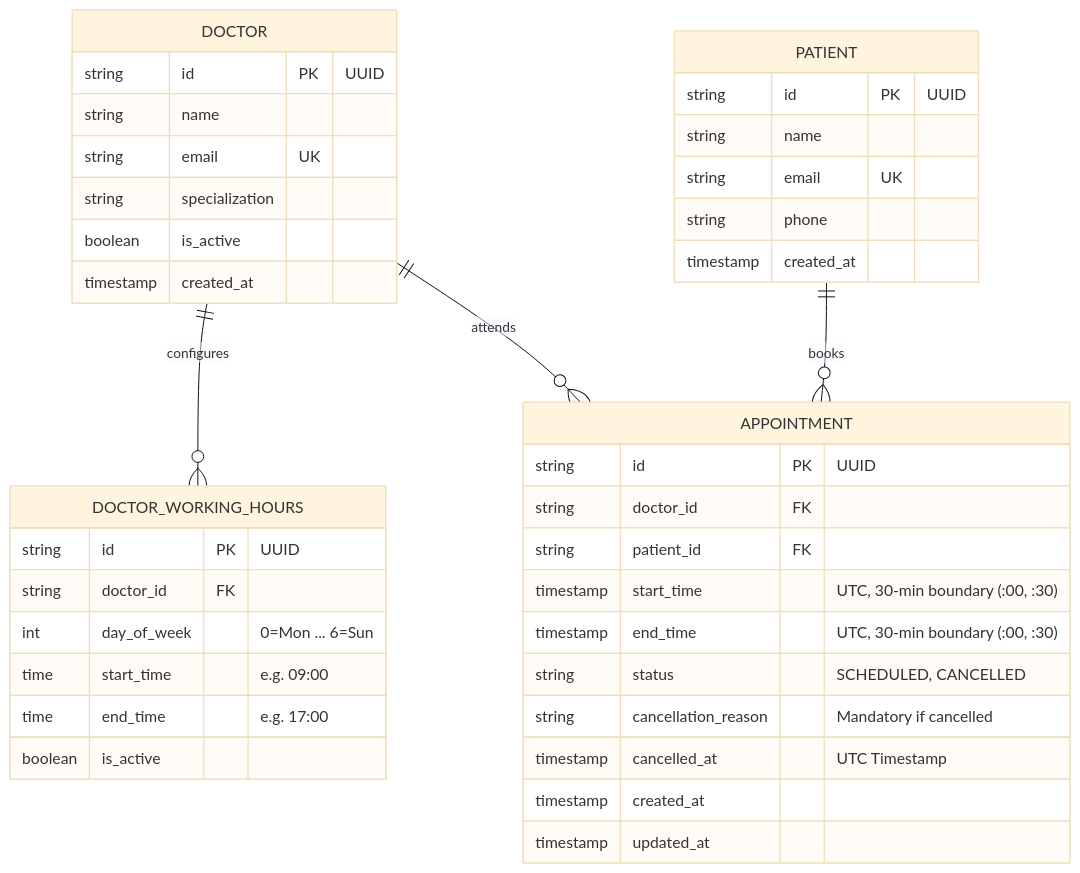
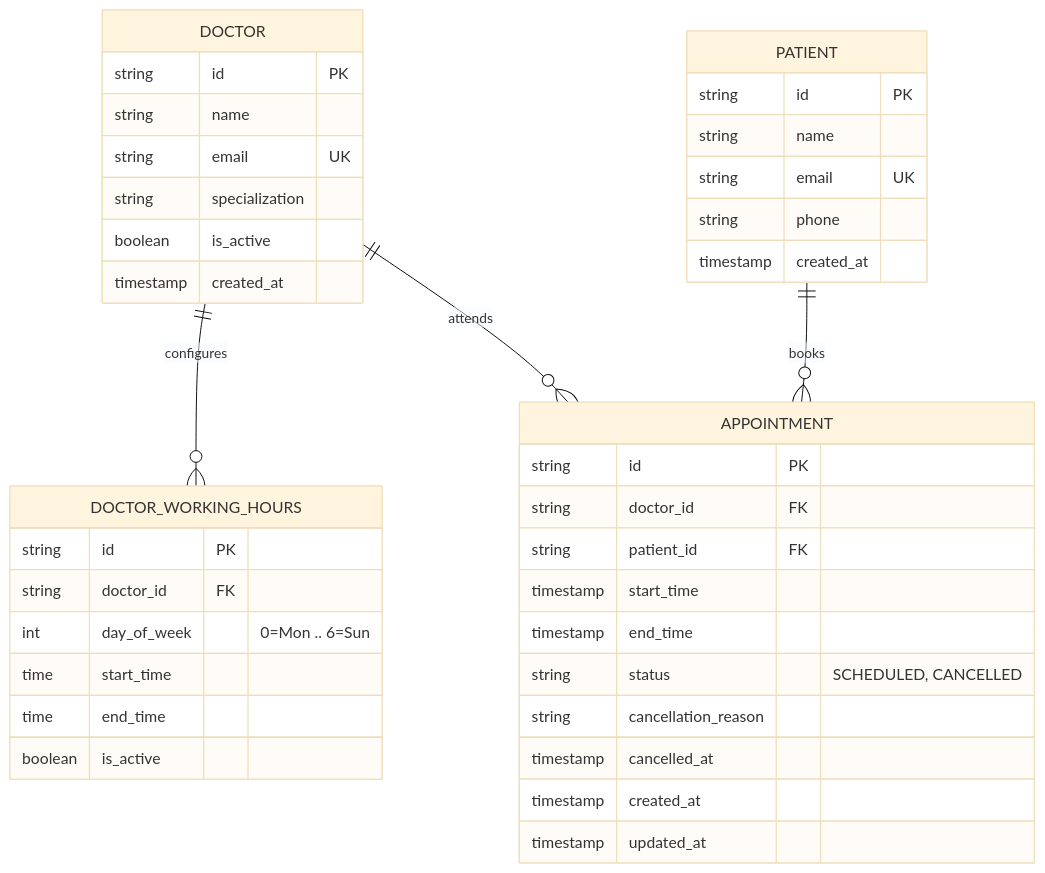
One commit to GeraldWambui/savannah-clinic-booking-api changed the diagram in README.md. Above: the diagram before and after it, drawn with Mermaid (base theme). The commit also changed other lines of this file and 4 other files, not shown here.

````diff
--- a/README.md
+++ b/README.md
@@ -51,45 +39,45 @@
 ```mermaid
 erDiagram
     DOCTOR ||--o{ DOCTOR_WORKING_HOURS : "configures"
     DOCTOR ||--o{ APPOINTMENT : "attends"
     PATIENT ||--o{ APPOINTMENT : "books"
 
     DOCTOR {
-        string id PK "UUID"
+        string id PK
         string name
         string email UK
         string specialization
         boolean is_active
         timestamp created_at
     }
 
     DOCTOR_WORKING_HOURS {
-        string id PK "UUID"
+        string id PK
         string doctor_id FK
-        int day_of_week "0=Mon ... 6=Sun"
-        time start_time "e.g. 09:00"
-        time end_time "e.g. 17:00"
+        int day_of_week "0=Mon .. 6=Sun"
+        time start_time
+        time end_time
         boolean is_active
     }
 
     PATIENT {
-        string id PK "UUID"
+        string id PK
         string name
         string email UK
         string phone
         timestamp created_at
     }
 
     APPOINTMENT {
-        string id PK "UUID"
+        string id PK
         string doctor_id FK
         string patient_id FK
-        timestamp start_time "UTC, 30-min boundary (:00, :30)"
-        timestamp end_time "UTC, 30-min boundary (:00, :30)"
+        timestamp start_time
+        timestamp end_time
         string status "SCHEDULED, CANCELLED"
-        string cancellation_reason "Mandatory if cancelled"
-        timestamp cancelled_at "UTC Timestamp"
+        string cancellation_reason
+        timestamp cancelled_at
         timestamp created_at
         timestamp updated_at
     }
 ```
````
